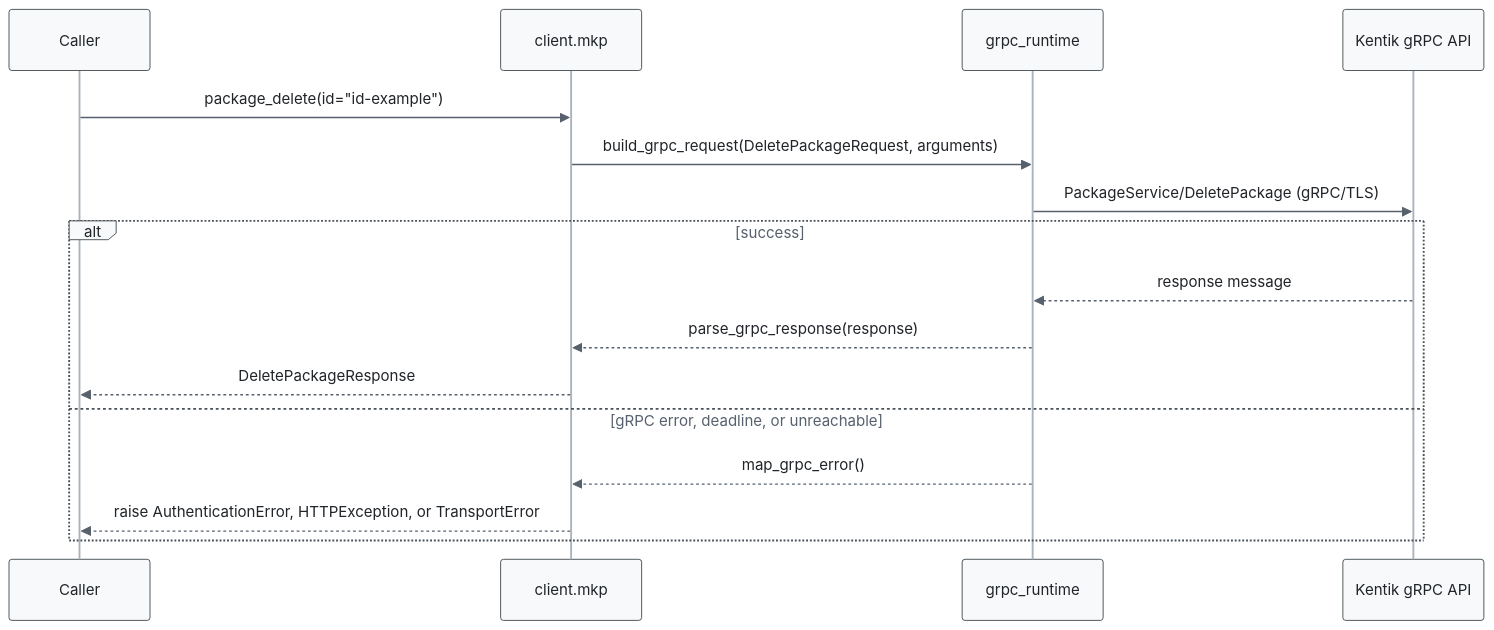
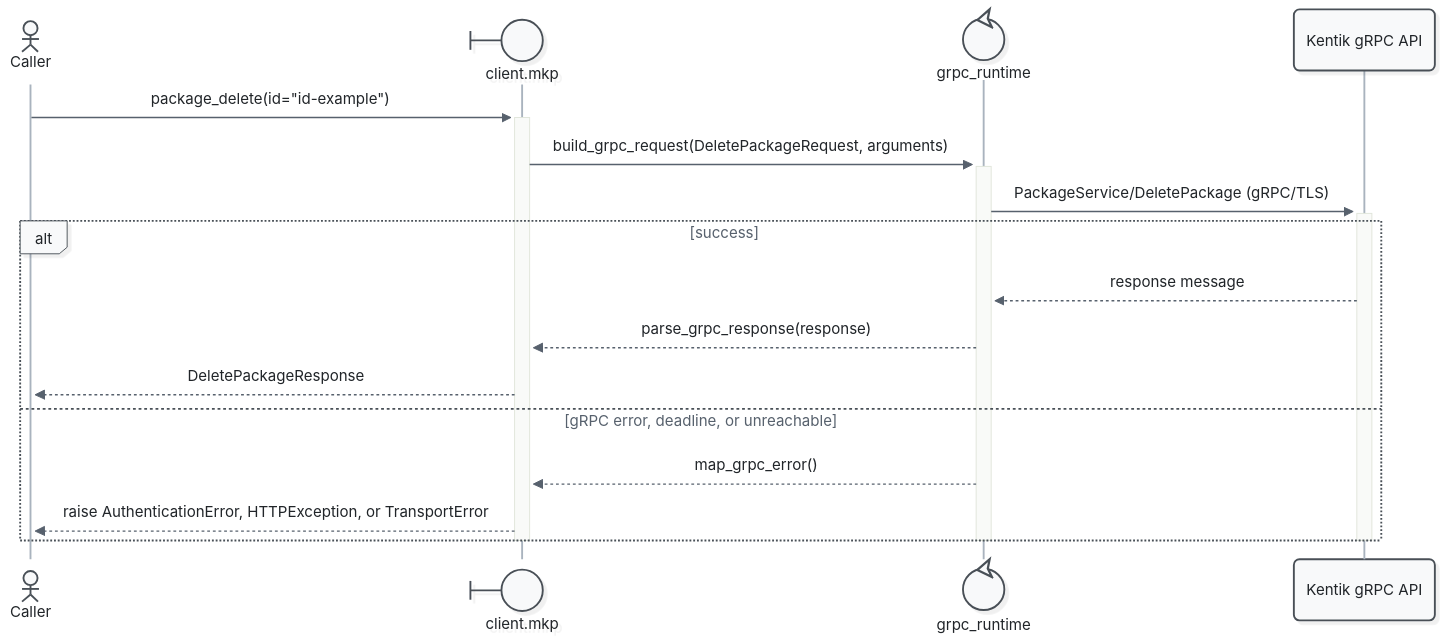
One commit to alexdearaujo/community_sdk_python changed the tenth of 29 diagrams in docs/sphinx/services/mkp.md. Above: the diagram before and after it, drawn with Mermaid. The commit also changed other lines of this file and 52 other files, not shown here.

First line of the commit message:
docs: Mermaid 12 sequence diagrams with participant types and path colors

````diff
--- a/docs/sphinx/services/mkp.md
+++ b/docs/sphinx/services/mkp.md
@@ -365,20 +387,23 @@
 ```mermaid
-%%{init: {"theme": "base", "fontFamily": "ui-monospace, SFMono-Regular, Menlo, monospace", "themeVariables": {"fontFamily": "ui-monospace, SFMono-Regular, Menlo, monospace", "primaryColor": "#f8f9fa", "primaryBorderColor": "#495057", "primaryTextColor": "#212529", "textColor": "#212529", "lineColor": "#77818c", "edgeLabelBackground": "#ffffff", "actorBkg": "#f8f9fa", "actorBorder": "#495057", "actorTextColor": "#212529", "actorLineColor": "#a9b3be", "signalColor": "#57616d", "signalTextColor": "#212529", "labelBoxBkgColor": "#f8f9fa", "labelBoxBorderColor": "#495057", "labelTextColor": "#212529", "loopTextColor": "#57616d", "noteBkgColor": "#fff9db", "noteBorderColor": "#f08c00", "noteTextColor": "#a35a00"}, "flowchart": {"curve": "step", "nodeSpacing": 30, "rankSpacing": 70, "wrappingWidth": 400}}}%%
+%%{init: {"theme": "redux", "look": "neo", "layout": "dagre", "fontFamily": "ui-monospace, SFMono-Regular, Menlo, monospace", "themeVariables": {"fontFamily": "ui-monospace, SFMono-Regular, Menlo, monospace", "primaryColor": "#f8f9fa", "primaryBorderColor": "#495057", "primaryTextColor": "#212529", "textColor": "#212529", "lineColor": "#77818c", "edgeLabelBackground": "#ffffff", "actorBkg": "#f8f9fa", "actorBorder": "#495057", "actorTextColor": "#212529", "actorLineColor": "#a9b3be", "signalColor": "#57616d", "signalTextColor": "#212529", "labelBoxBkgColor": "#f8f9fa", "labelBoxBorderColor": "#495057", "labelTextColor": "#212529", "loopTextColor": "#57616d", "noteBkgColor": "#fff9db", "noteBorderColor": "#f08c00", "noteTextColor": "#a35a00"}, "sequence": {"activationWidth": 16}, "flowchart": {"curve": "step", "nodeSpacing": 30, "rankSpacing": 70, "wrappingWidth": 400}}}%%
 sequenceDiagram
-    participant C as Caller
-    participant W as client.mkp
-    participant R as grpc_runtime
+    actor C as Caller
+    participant W@{ "type": "boundary" } as client.mkp
+    participant R@{ "type": "control" } as grpc_runtime
     participant API as Kentik gRPC API
 
-    C->>W: package_delete(id="id-example")
-    W->>R: build_grpc_request(DeletePackageRequest, arguments)
-    R->>API: PackageService/DeletePackage (gRPC/TLS)
+    C->>+W: package_delete(id="id-example")
+    W->>+R: build_grpc_request(DeletePackageRequest, arguments)
+    R->>+API: PackageService/DeletePackage (gRPC/TLS)
     alt success
         API-->>R: response message
         R-->>W: parse_grpc_response(response)
         W-->>C: DeletePackageResponse
     else gRPC error, deadline, or unreachable
         R-->>W: map_grpc_error()
         W-->>C: raise AuthenticationError, HTTPException, or TransportError
     end
+    deactivate API
+    deactivate R
+    deactivate W
 ```
````
